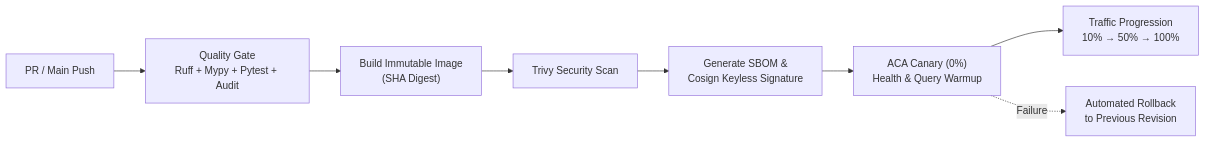
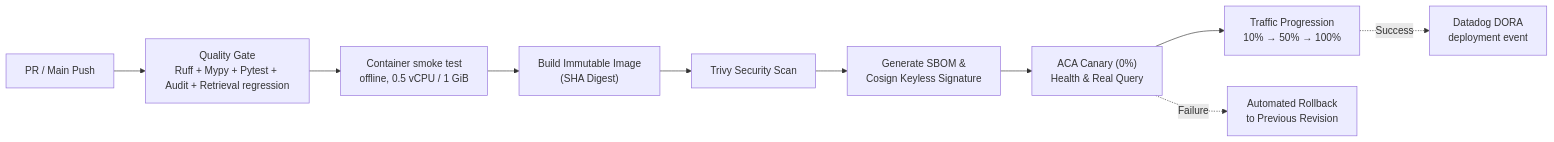
One commit to workHMZ/aca-ghcr-cicd-lab changed the third of 9 diagrams in README.md. Above: the diagram before and after it, drawn with Mermaid. The commit also changed other lines of this file and 40 other files, not shown here.

````diff
--- a/README.md
+++ b/README.md
@@ -88,10 +156,12 @@
 ```mermaid
 flowchart LR
-    PR["PR / Main Push"] --> Lint["Quality Gate<br/>Ruff + Mypy + Pytest + Audit"]
-    Lint --> Build["Build Immutable Image<br/>(SHA Digest)"]
+    PR["PR / Main Push"] --> Lint["Quality Gate<br/>Ruff + Mypy + Pytest + Audit + Retrieval regression"]
+    Lint --> Smoke["Container smoke test<br/>offline, 0.5 vCPU / 1 GiB"]
+    Smoke --> Build["Build Immutable Image<br/>(SHA Digest)"]
     Build --> Scan["Trivy Security Scan"]
     Scan --> SBOM["Generate SBOM &<br/>Cosign Keyless Signature"]
-    SBOM --> Canary["ACA Canary (0%)<br/>Health & Query Warmup"]
+    SBOM --> Canary["ACA Canary (0%)<br/>Health & Real Query"]
     Canary --> Promote["Traffic Progression<br/>10% → 50% → 100%"]
     Canary -. "Failure" .-> Rollback["Automated Rollback<br/>to Previous Revision"]
+    Promote -. "Success" .-> DORA["Datadog DORA<br/>deployment event"]
 ```
````
